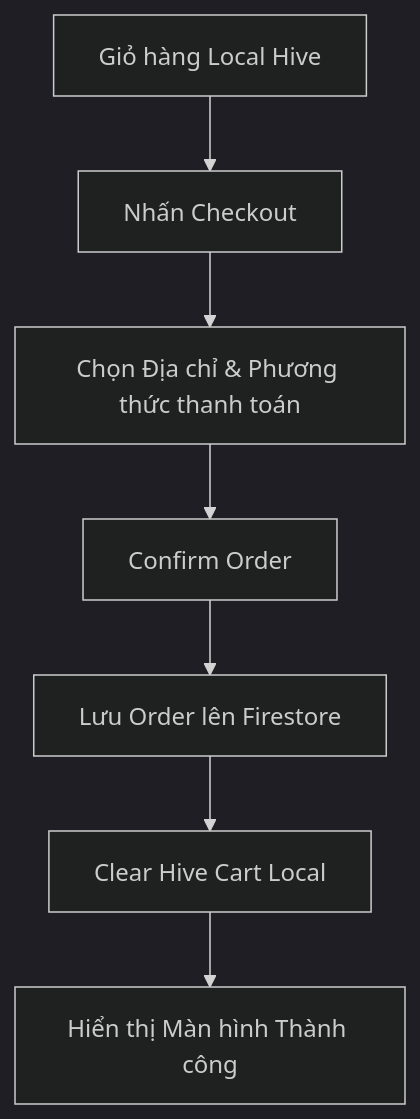
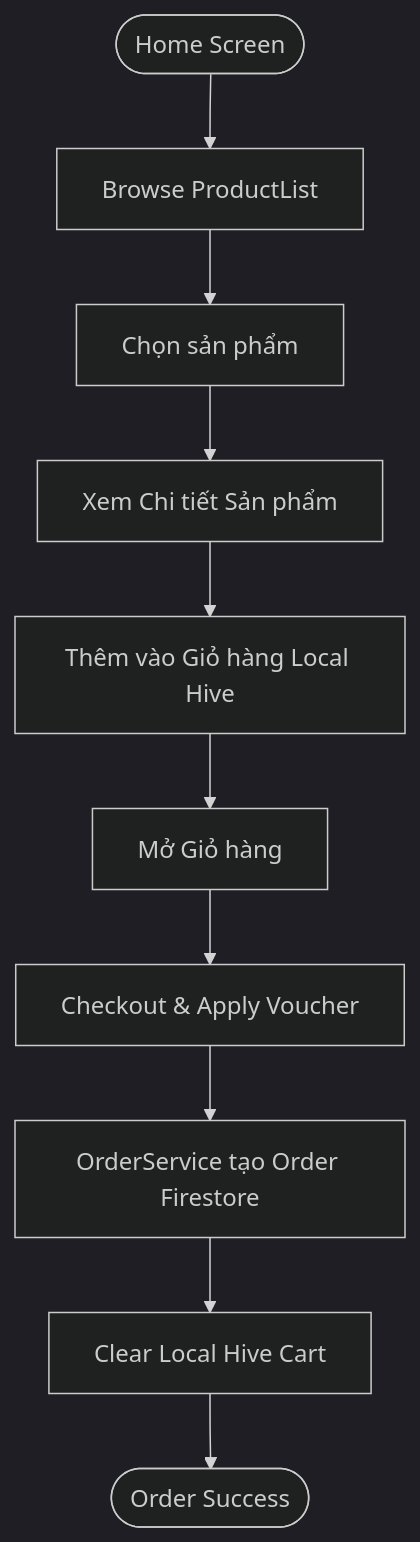
One commit to hdungx0795/AnNgon_Dung_Hiep_Khuong_N03_1_2026 changed the fourth of 7 diagrams in docs/system_design.md. Above: the diagram before and after it, drawn with Mermaid (dark theme). The commit also changed other lines of this file and 5 other files, not shown here.

````diff
--- a/docs/system_design.md
+++ b/docs/system_design.md
@@ -100,9 +142,12 @@
 ```mermaid
-graph TD
-    A[Giỏ hàng Local Hive] --> B[Nhấn Checkout]
-    B --> C[Chọn Địa chỉ & Phương thức thanh toán]
-    C --> D[Confirm Order]
-    D --> E[Lưu Order lên Firestore]
-    E --> F[Clear Hive Cart Local]
-    F --> G[Hiển thị Màn hình Thành công]
+flowchart TD
+    Start([Home Screen]) --> Browse[Browse ProductList]
+    Browse --> Click[Chọn sản phẩm]
+    Click --> Detail[Xem Chi tiết Sản phẩm]
+    Detail --> AddCart[Thêm vào Giỏ hàng Local Hive]
+    AddCart --> Cart[Mở Giỏ hàng]
+    Cart --> Checkout[Checkout & Apply Voucher]
+    Checkout --> Create[OrderService tạo Order Firestore]
+    Create --> ClearCart[Clear Local Hive Cart]
+    ClearCart --> Done([Order Success])
 ```
````
